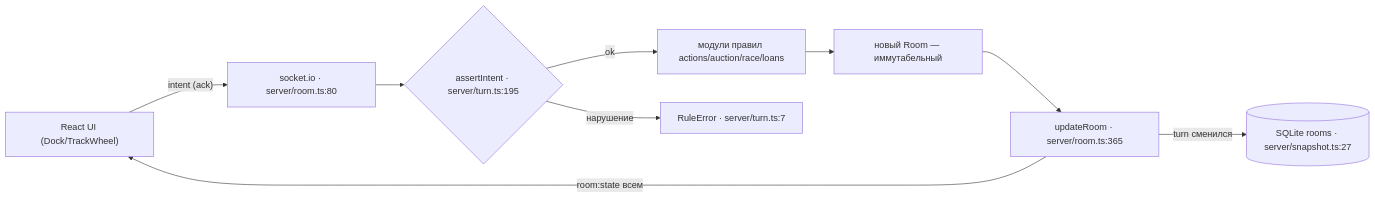
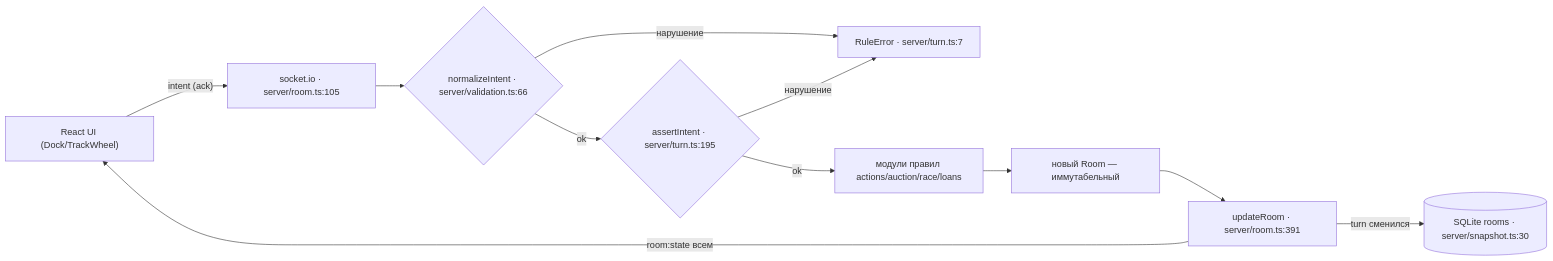
Before and after one commit to Sanuka595/automonopoly: the diagram in docs/agent/MAP.md, drawn with Mermaid. The commit also changed other lines of this file and 10 other files, not shown here.

````diff
--- a/docs/agent/MAP.md
+++ b/docs/agent/MAP.md
@@ -65,11 +69,13 @@
 ```mermaid
 flowchart LR
-  UI["React UI (Dock/TrackWheel)"] -->|"intent (ack)"| SIO["socket.io · server/room.ts:80"]
-  SIO --> AI{"assertIntent · server/turn.ts:195"}
+  UI["React UI (Dock/TrackWheel)"] -->|"intent (ack)"| SIO["socket.io · server/room.ts:105"]
+  SIO --> VAL{"normalizeIntent · server/validation.ts:66"}
+  VAL -->|ok| AI{"assertIntent · server/turn.ts:195"}
+  VAL -->|нарушение| RE["RuleError · server/turn.ts:7"]
   AI -->|ok| RULE["модули правил actions/auction/race/loans"]
-  AI -->|нарушение| RE["RuleError · server/turn.ts:7"]
+  AI -->|нарушение| RE
   RULE --> NR["новый Room — иммутабельный"]
-  NR --> UPD["updateRoom · server/room.ts:365"]
+  NR --> UPD["updateRoom · server/room.ts:391"]
   UPD -->|"room:state всем"| UI
-  UPD -->|"turn сменился"| DB[("SQLite rooms · server/snapshot.ts:27")]
+  UPD -->|"turn сменился"| DB[("SQLite rooms · server/snapshot.ts:30")]
 ```
````
